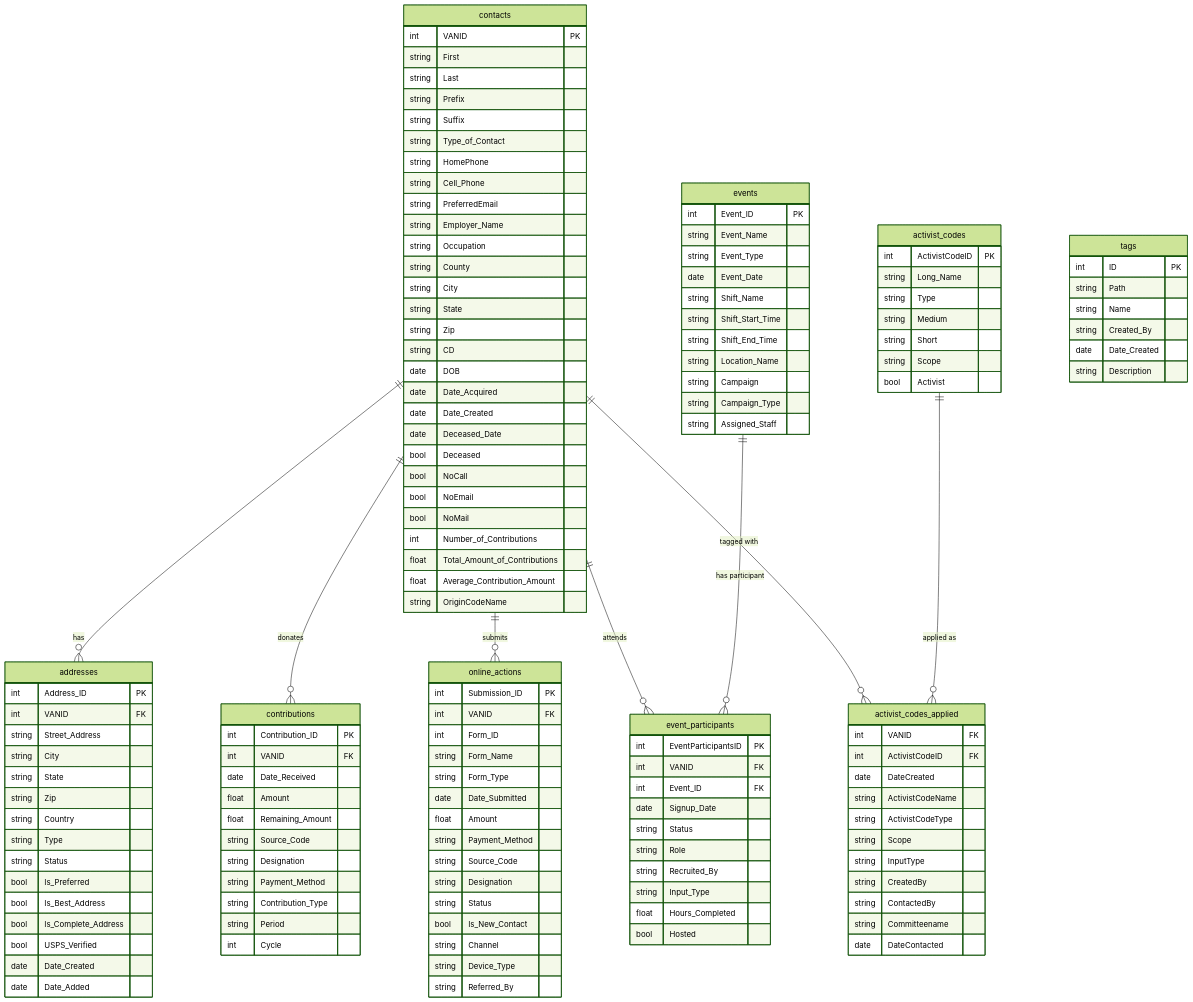
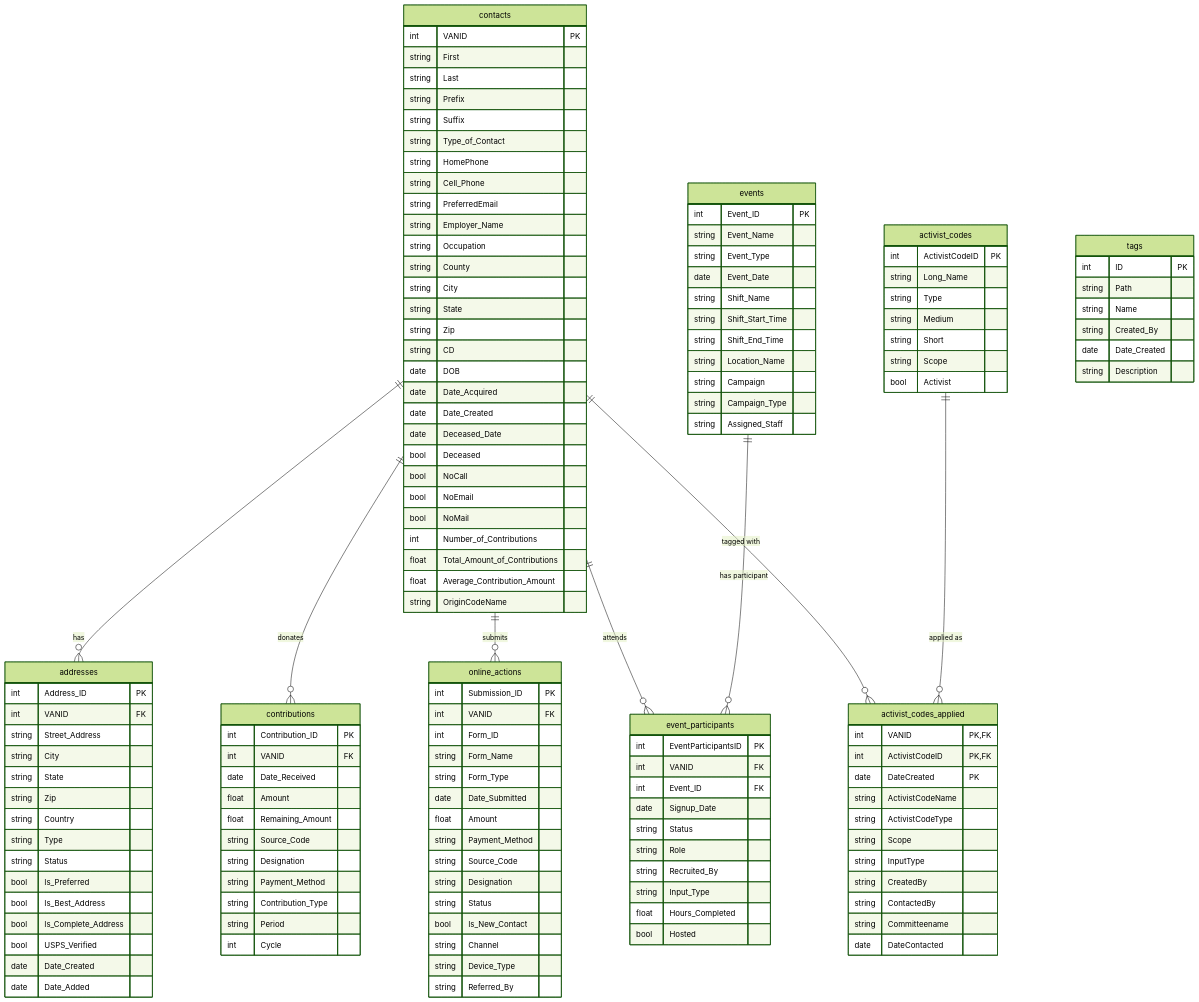
One commit to LiMi686/Works-in-Arizona-List-s-Intern changed the diagram in analysis/er_diagram.md. Above: the diagram before and after it, drawn with Mermaid (forest theme).

```diff
--- a/analysis/er_diagram.md
+++ b/analysis/er_diagram.md
@@ -114,9 +114,9 @@
     }
 
     activist_codes_applied {
-        int     VANID                       FK
-        int     ActivistCodeID              FK
-        date    DateCreated
+        int     VANID                       PK, FK
+        int     ActivistCodeID              PK, FK
+        date    DateCreated                 PK
         string  ActivistCodeName
         string  ActivistCodeType
         string  Scope
```
